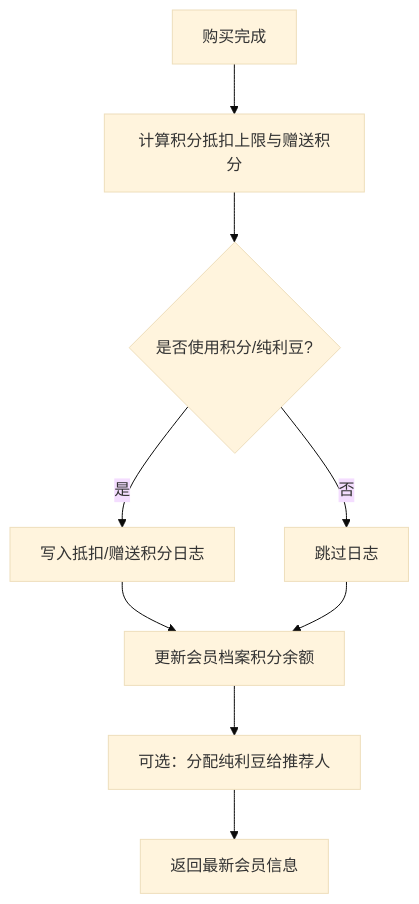
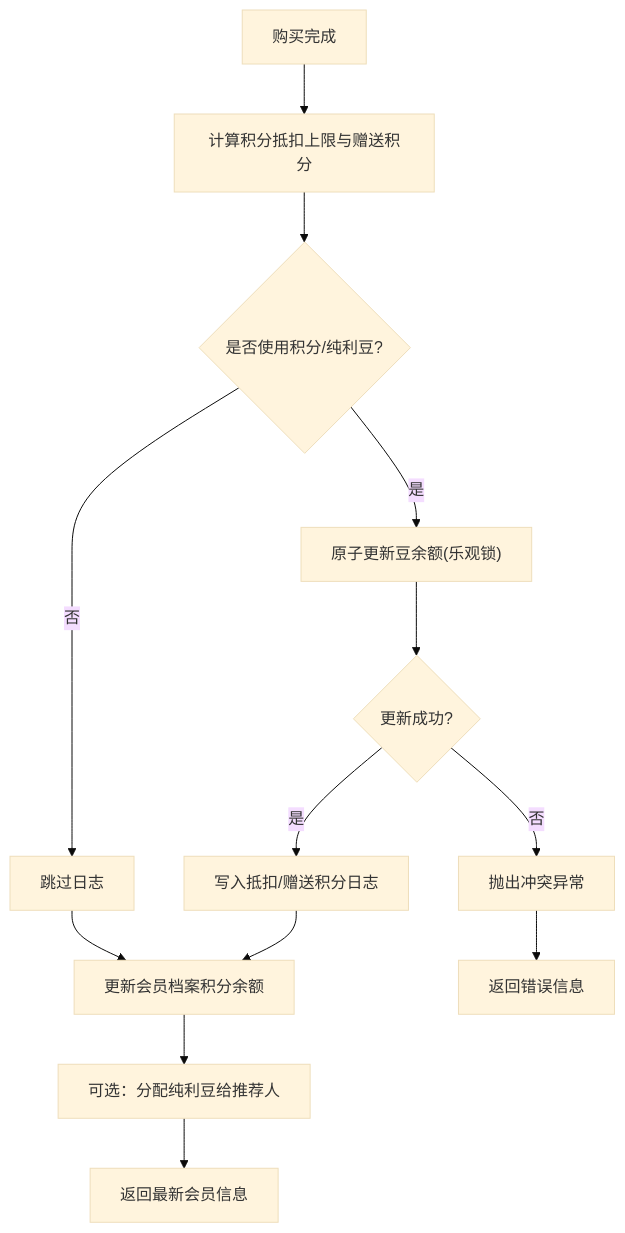
Before and after one commit to rc558620/purelyprofit-server: the sixth of 11 diagrams in .qoder/repowiki/zh/content/业务模块/会员管理模块/平台会员管理.md, drawn with Mermaid (base theme). The commit also changed other lines of this file and 8 other files, not shown here.

````diff
--- a/.qoder/repowiki/zh/content/业务模块/会员管理模块/平台会员管理.md
+++ b/.qoder/repowiki/zh/content/业务模块/会员管理模块/平台会员管理.md
@@ -286,11 +299,15 @@
 ```mermaid
 flowchart TD
 A["购买完成"] --> B["计算积分抵扣上限与赠送积分"]
 B --> C{"是否使用积分/纯利豆?"}
-C --> |是| D["写入抵扣/赠送积分日志"]
-C --> |否| E["跳过日志"]
-D --> F["更新会员档案积分余额"]
-E --> F
-F --> G["可选：分配纯利豆给推荐人"]
-G --> H["返回最新会员信息"]
+C --> |是| D["原子更新豆余额(乐观锁)"]
+D --> E{"更新成功?"}
+E --> |是| F["写入抵扣/赠送积分日志"]
+E --> |否| G["抛出冲突异常"]
+F --> H["更新会员档案积分余额"]
+G --> I["返回错误信息"]
+C --> |否| J["跳过日志"]
+J --> H
+H --> K["可选：分配纯利豆给推荐人"]
+K --> L["返回最新会员信息"]
 ```
````
